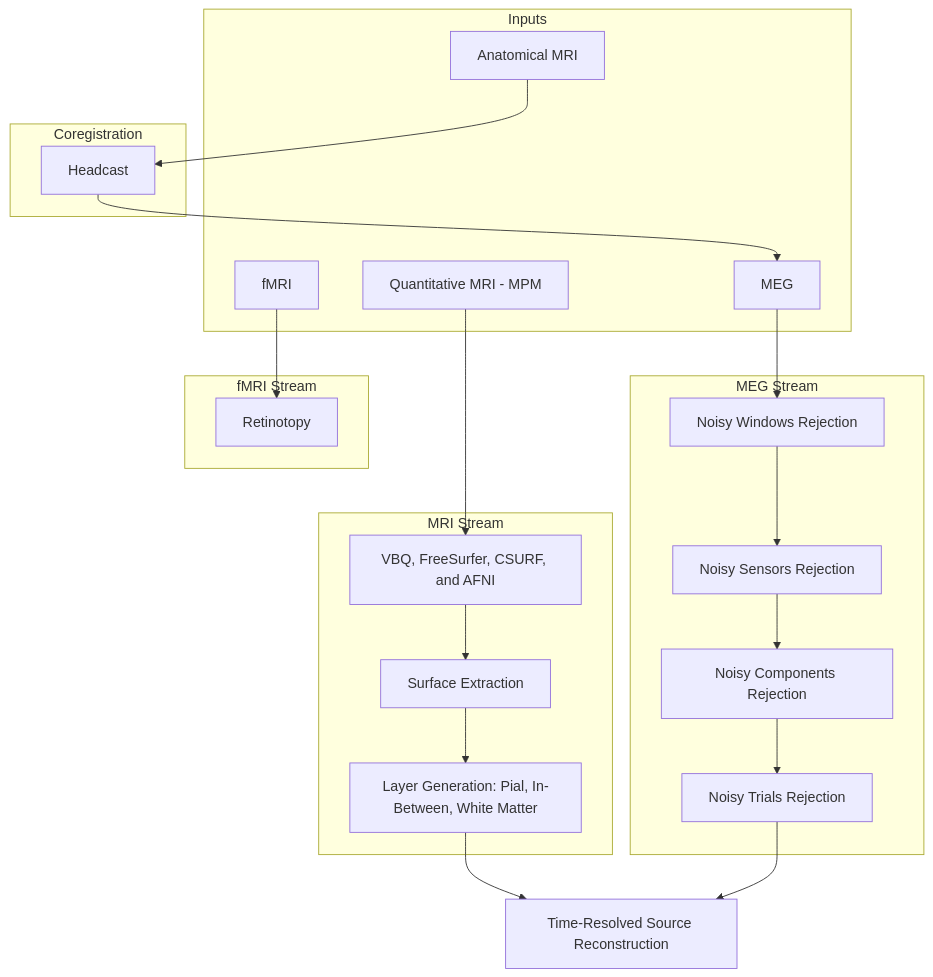
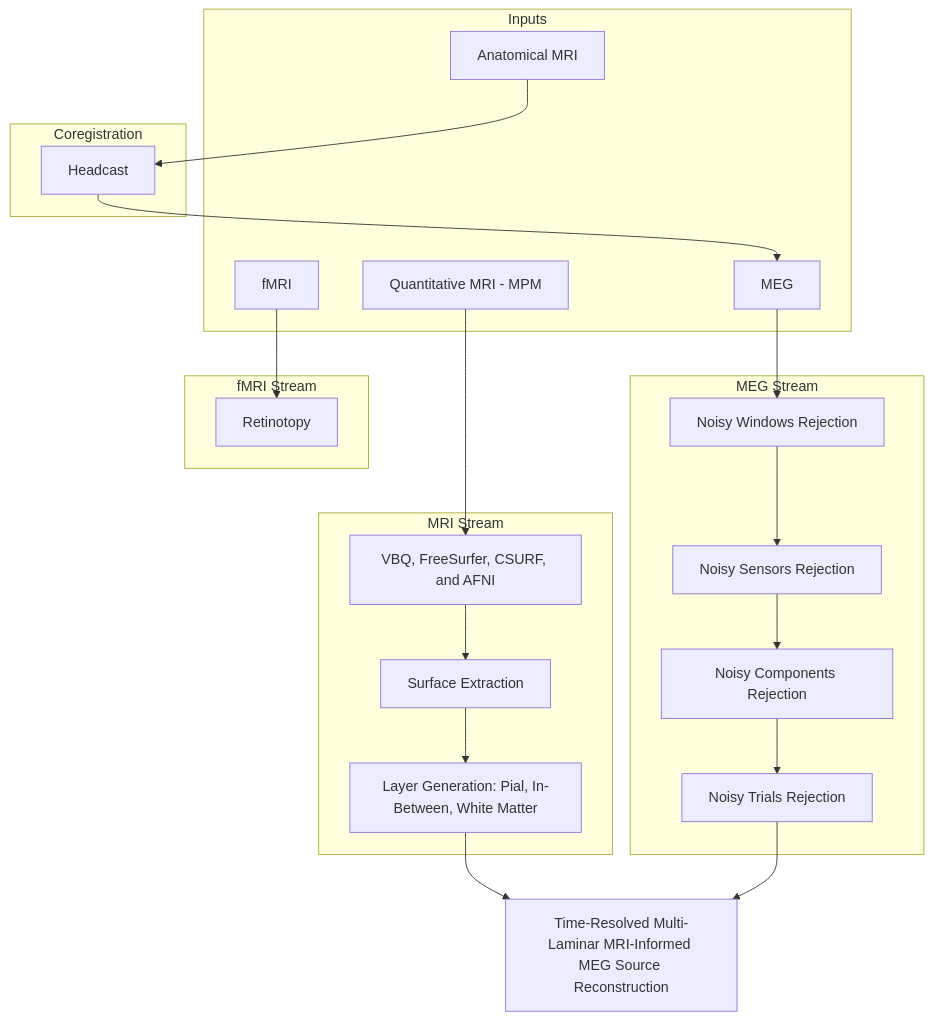
Before and after one commit to fardinafdideh/meg-laminar-dynamics: the diagram in README.md, drawn with Mermaid.

````diff
--- a/README.md
+++ b/README.md
@@ -19,43 +19,43 @@
 ```mermaid
 graph TD
     %% Inputs
     subgraph Inputs
     MRI[Quantitative MRI - MPM]
 	fMRI[fMRI]
 	aMRI[Anatomical MRI]
     MEG[MEG]
     end
 
     %% MEG Stream
     subgraph MEG Stream
     MEG --> win[Noisy Windows Rejection]
     win --> sen[Noisy Sensors Rejection]
     sen --> comp[Noisy Components Rejection]
 	comp --> trl[Noisy Trials Rejection]
     end
 
     %% Functional Stream
     subgraph fMRI Stream
     fMRI --> ret[Retinotopy]
     end
 
     %% Structural Stream
     subgraph MRI Stream
     MRI --> VBQ[VBQ, FreeSurfer, CSURF, and AFNI]
     VBQ --> Surf[Surface Extraction]
     Surf --> Layers[Layer Generation: Pial, In-Between, White Matter]
     end
 
 
 
 	%% coregistration
 	subgraph Coregistration
 	aMRI --> HC[Headcast]
 	end
 
     %% Fusion
-    Layers --> Inv[Time-Resolved Source Reconstruction]
+    Layers --> Inv[Time-Resolved Multi-Laminar MRI-Informed MEG Source Reconstruction]
     trl --> Inv
 	%% HC --> win
 	HC --> MEG
 ```
````
